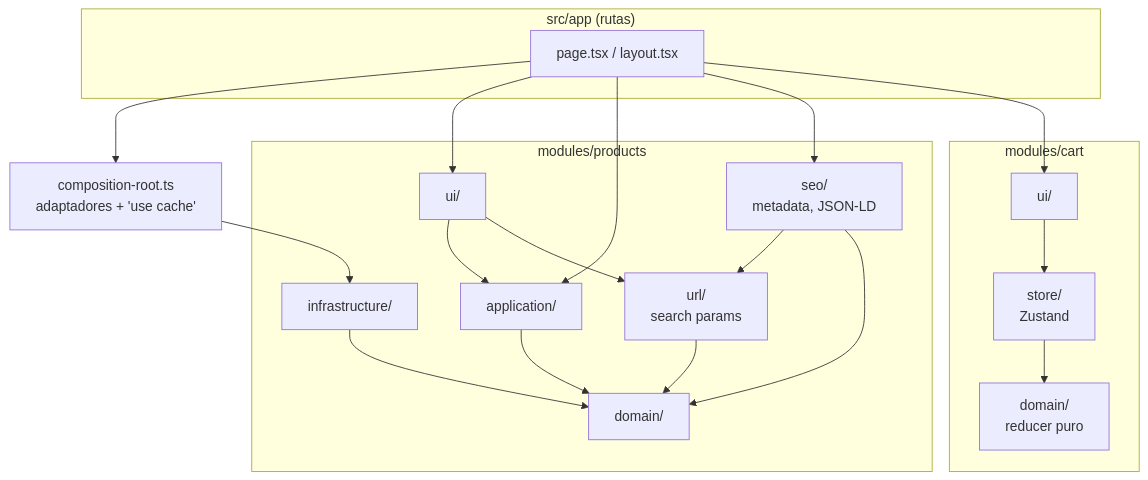
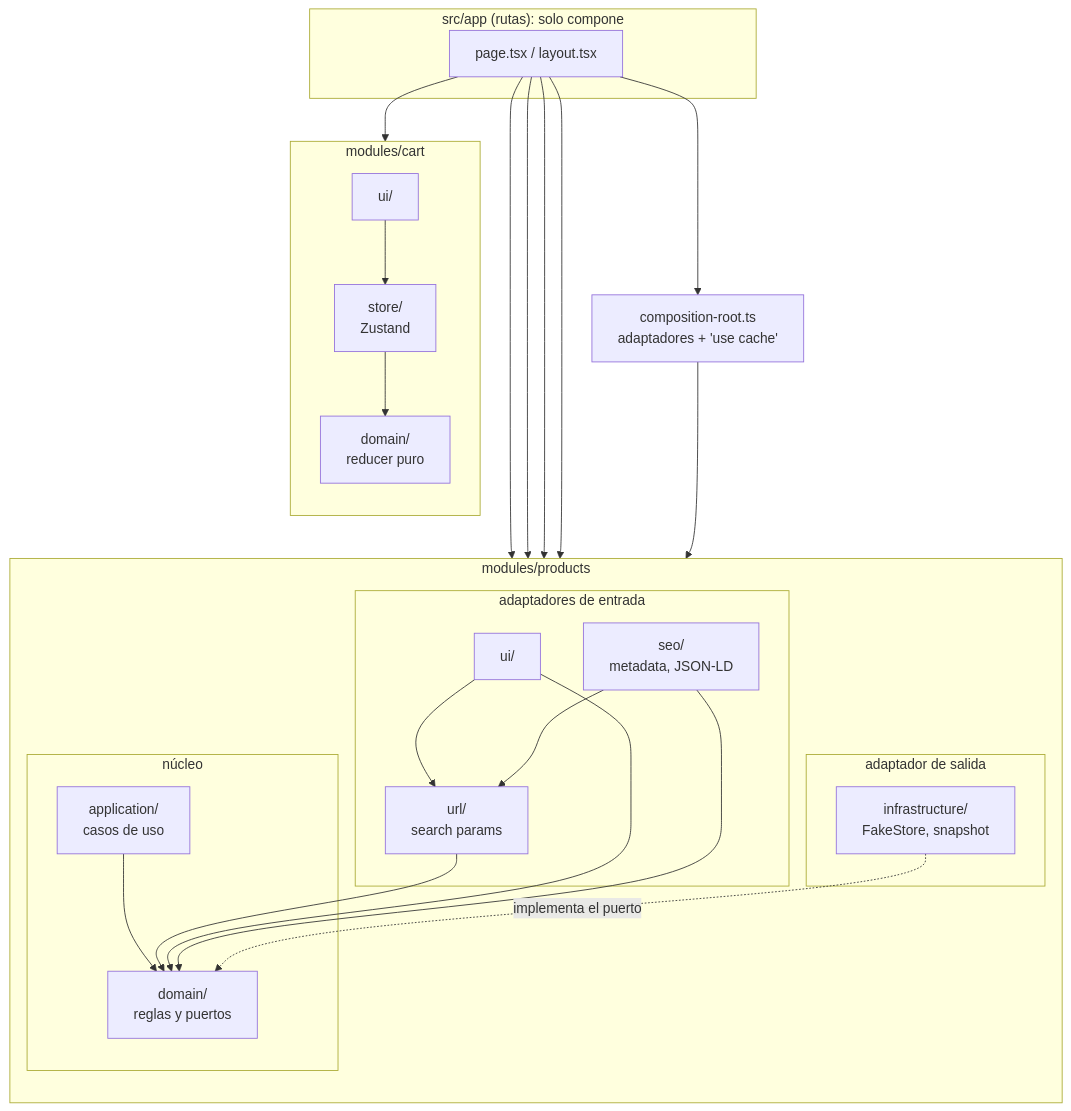
The second of 5 diagrams in docs/architecture.md (piercenovo/delosi-ecommerce), drawn with Mermaid before and after one commit. The commit also changed other lines of this file and 1 other file, not shown here.

Commit message:
docs: present the module layers as hexagonal rings
- ADR 0002: layers classified as core, inbound and outbound adapters, with a
  dependency diagram; store/ listed for the cart
- architecture.md: the layers diagram groups them by ring and drops a
  ui/ → application/ arrow that the code never had

````diff
--- a/docs/architecture.md
+++ b/docs/architecture.md
@@ -24,23 +24,37 @@
 ```mermaid
 flowchart TB
-  subgraph app["src/app (rutas)"]
+  subgraph app["src/app (rutas): solo compone"]
     pages["page.tsx / layout.tsx"]
   end
   root["composition-root.ts<br/>adaptadores + 'use cache'"]
   subgraph products["modules/products"]
-    pui["ui/"] --> papp["application/"] --> pdom["domain/"]
-    pinf["infrastructure/"] --> pdom
-    purl["url/<br/>search params"] --> pdom
-    pseo["seo/<br/>metadata, JSON-LD"] --> purl
+    direction TB
+    subgraph pin["adaptadores de entrada"]
+      pui["ui/"]
+      purl["url/<br/>search params"]
+      pseo["seo/<br/>metadata, JSON-LD"]
+    end
+    subgraph pcore["núcleo"]
+      papp["application/<br/>casos de uso"] --> pdom["domain/<br/>reglas y puertos"]
+    end
+    subgraph pout["adaptador de salida"]
+      pinf["infrastructure/<br/>FakeStore, snapshot"]
+    end
+    pui --> purl
+    pseo --> purl
+    purl --> pdom
+    pui --> pdom
     pseo --> pdom
-    pui --> purl
+    pinf -. implementa el puerto .-> pdom
   end
   subgraph cart["modules/cart"]
+    direction TB
     cui["ui/"] --> cstore["store/<br/>Zustand"] --> cdom["domain/<br/>reducer puro"]
   end
-  pages --> root --> pinf
   pages --> pui
   pages --> papp
   pages --> pseo
+  pages --> purl
   pages --> cui
+  pages --> root --> pinf
 ```
````
